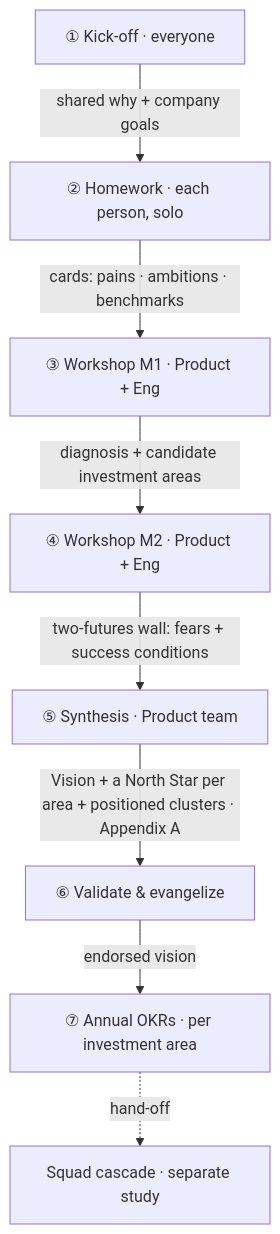
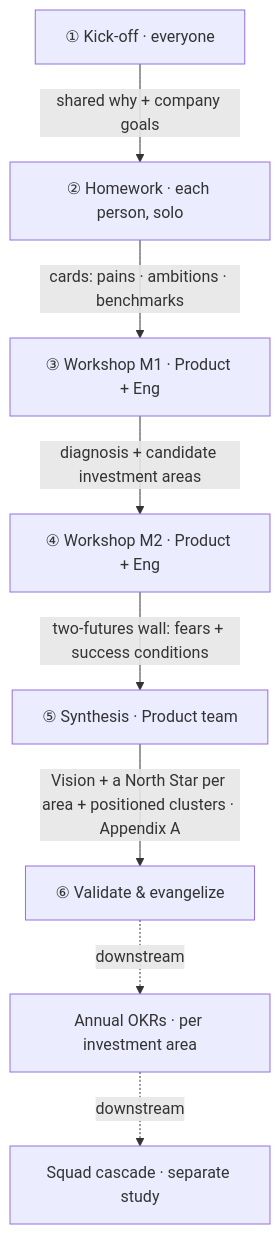
Before and after one commit to GustavoBertaco/daily-digest: the diagram in studies/product-management/long-term-product-vision.md, drawn with Mermaid. The commit also changed other lines of this file, not shown here.

First line of the commit message:
studies: long-horizon pre-mortem, reshape vision template, align synthesis

````diff
--- a/studies/product-management/long-term-product-vision.md
+++ b/studies/product-management/long-term-product-vision.md
@@ -115,10 +115,10 @@
 ```mermaid
 flowchart TD
     K["①&nbsp;Kick-off · everyone"] -->|shared why + company goals| H["②&nbsp;Homework · each person, solo"]
     H -->|cards: pains · ambitions · benchmarks| M1["③&nbsp;Workshop M1 · Product + Eng"]
     M1 -->|diagnosis + candidate investment areas| M2["④&nbsp;Workshop M2 · Product + Eng"]
     M2 -->|two-futures wall: fears + success conditions| S["⑤&nbsp;Synthesis · Product team"]
     S -->|Vision + a North Star per area + positioned clusters · Appendix A| V["⑥&nbsp;Validate & evangelize"]
-    V -->|endorsed vision| O["⑦&nbsp;Annual OKRs · per investment area"]
-    O -.->|hand-off| SQ["Squad cascade · separate study"]
+    V -.->|downstream| O["Annual OKRs · per investment area"]
+    O -.->|downstream| SQ["Squad cascade · separate study"]
 ```
````
